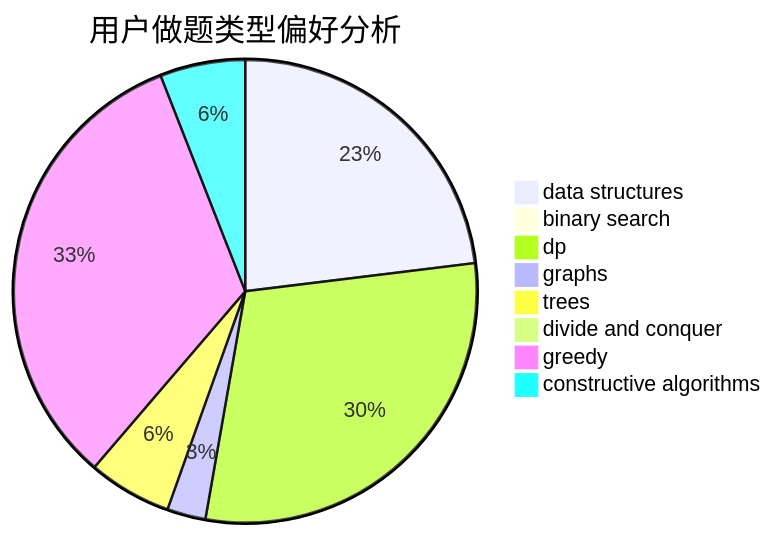
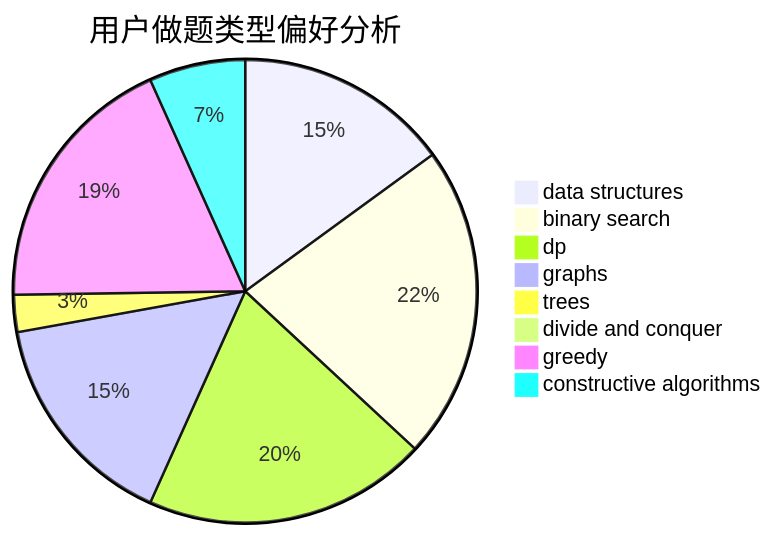
The second of 3 diagrams in docs/user/u1608.md (sherpahu/cfrs.github.io), drawn with Mermaid before and after one commit. The commit also changed other lines of this file and 2770 other files, not shown here.

````diff
--- a/docs/user/u1608.md
+++ b/docs/user/u1608.md
@@ -23,11 +23,11 @@
 ```mermaid
 pie title 用户做题类型偏好分析
-    "data structures" :  368
-    "binary search" :  4
-    "dp" :  474
-    "graphs" :  43
-    "trees" :  93
+    "data structures" :  127
+    "binary search" :  186
+    "dp" :  168
+    "graphs" :  131
+    "trees" :  22
     "divide and conquer" :  0
-    "greedy" :  523
-    "constructive algorithms" :  95
+    "greedy" :  157
+    "constructive algorithms" :  57
 ```
````
